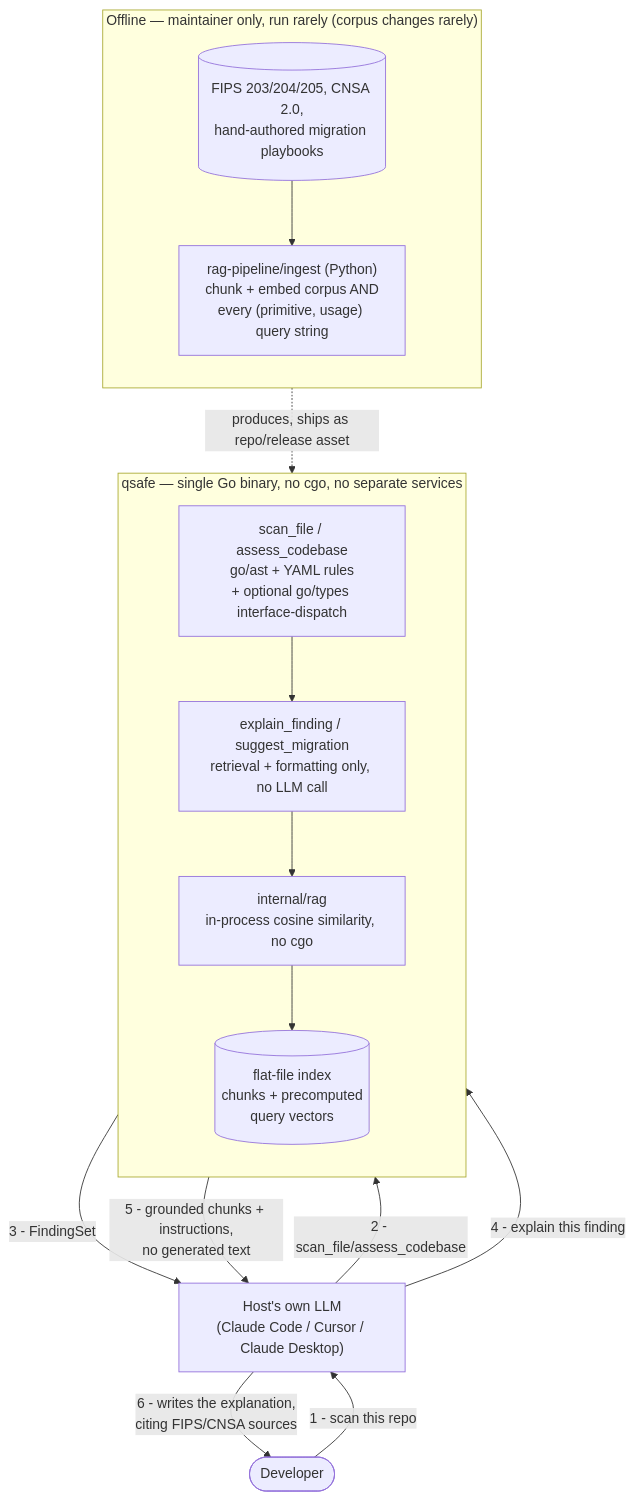
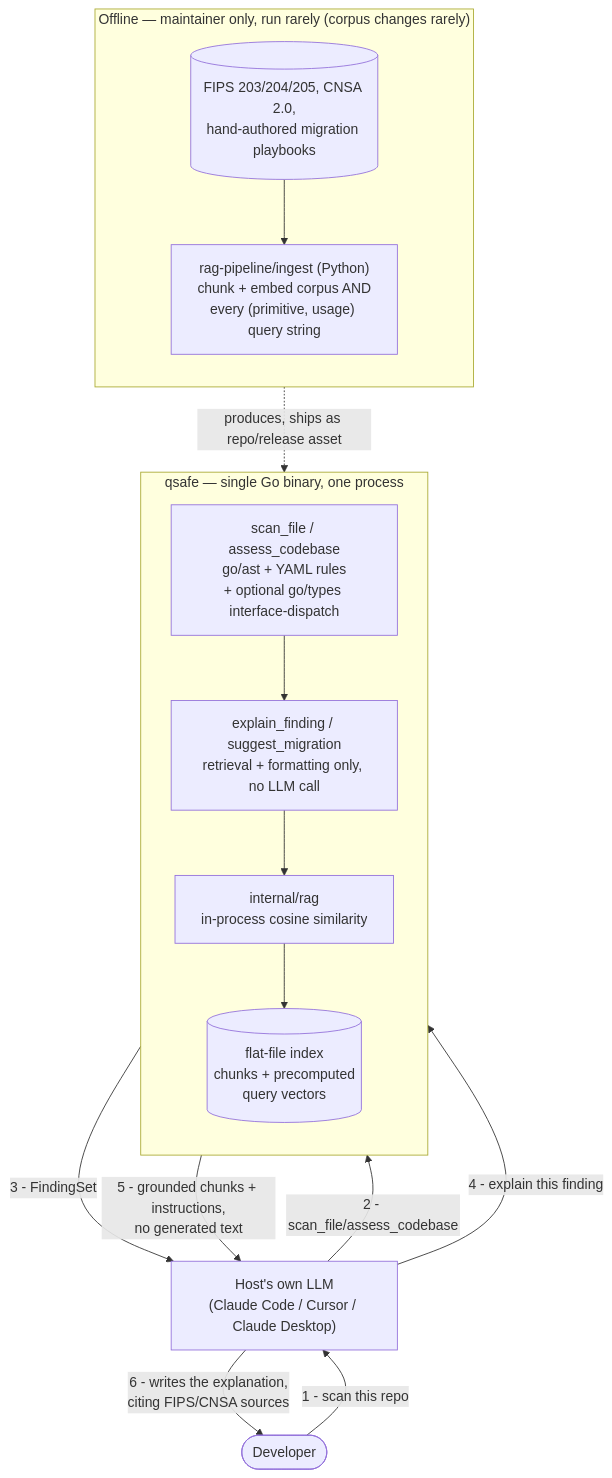
One commit to 1MansiS/qsafe changed the diagram in ARCHITECTURE.md. Above: the diagram before and after it, drawn with Mermaid. The commit also changed other lines of this file, not shown here.

````diff
--- a/ARCHITECTURE.md
+++ b/ARCHITECTURE.md
@@ -321,32 +313,32 @@
 ```mermaid
 flowchart TB
     Dev(["Developer"])
     Model["Host's own LLM<br/>(Claude Code / Cursor / Claude Desktop)"]
 
-    subgraph QSafe["qsafe — single Go binary, no cgo, no separate services"]
+    subgraph QSafe["qsafe — single Go binary, one process"]
         direction TB
         Scan["scan_file / assess_codebase<br/>go/ast + YAML rules<br/>+ optional go/types interface-dispatch"]
         Explain["explain_finding / suggest_migration<br/>retrieval + formatting only, no LLM call"]
-        Rag["internal/rag<br/>in-process cosine similarity, no cgo"]
+        Rag["internal/rag<br/>in-process cosine similarity"]
         Index[("flat-file index<br/>chunks + precomputed<br/>query vectors")]
 
         Scan --> Explain
         Explain --> Rag
         Rag --> Index
     end
 
     subgraph Offline["Offline — maintainer only, run rarely (corpus changes rarely)"]
         direction TB
         Corpus[("FIPS 203/204/205, CNSA 2.0,<br/>hand-authored migration playbooks")]
         Ingest["rag-pipeline/ingest (Python)<br/>chunk + embed corpus AND<br/>every (primitive, usage) query string"]
         Corpus --> Ingest
     end
     Ingest -. "produces, ships as repo/release asset" .-> Index
 
     Dev -- "1 - scan this repo" --> Model
     Model -- "2 - scan_file/assess_codebase" --> Scan
     Scan -- "3 - FindingSet" --> Model
     Model -- "4 - explain this finding" --> Explain
     Explain -- "5 - grounded chunks + instructions,<br/>no generated text" --> Model
     Model -- "6 - writes the explanation,<br/>citing FIPS/CNSA sources" --> Dev
 ```
````
